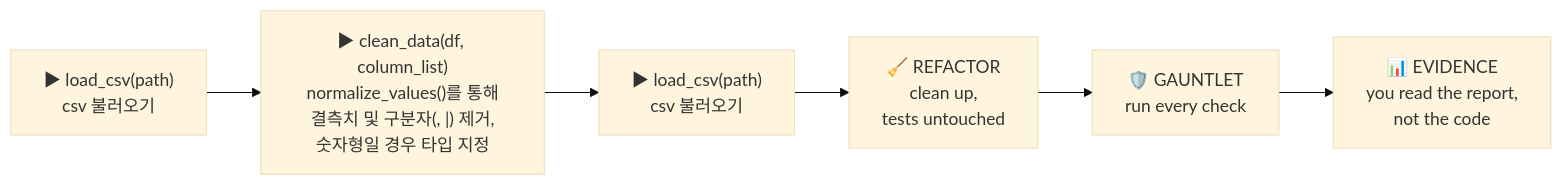
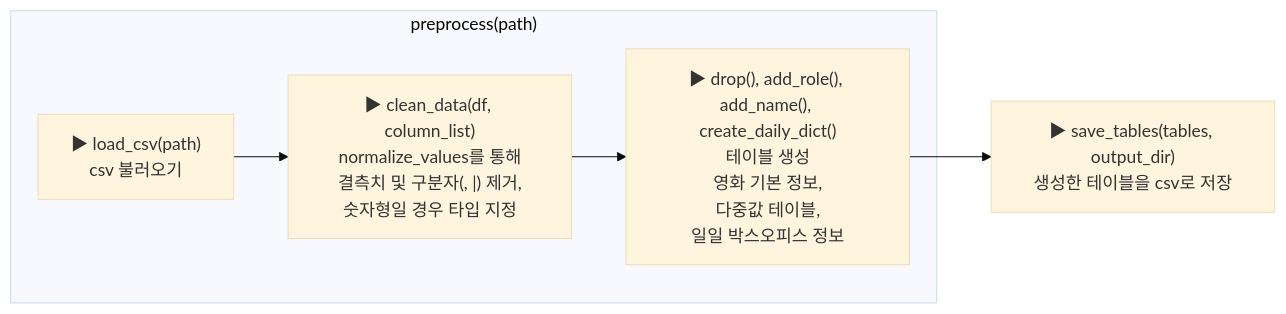
One commit to kbh09/TicketSeed_forked changed the diagram in TicketSeed_forked/scripts/README.md. Above: the diagram before and after it, drawn with Mermaid (base theme). The commit also changed other lines of this file, not shown here.

Commit message:
md modifying

````diff
--- a/TicketSeed_forked/scripts/README.md
+++ b/TicketSeed_forked/scripts/README.md
@@ -33,10 +37,13 @@
 ```mermaid
 flowchart LR
-    01["▶ load_csv(path)<br/>csv 불러오기"]
-    02["▶ clean_data(df, column_list)<br/>normalize_values()를 통해<br/>결측치 및 구분자(, |) 제거,<br/>숫자형일 경우 타입 지정"]
-    03["▶ load_csv(path)<br/>csv 불러오기"]
-    04["🧹 REFACTOR<br/>clean up,<br/>tests untouched"]
-    05["🛡️ GAUNTLET<br/>run every check"]
-    06["📊 EVIDENCE<br/>you read the report,<br/>not the code"]
-    01 --> 02 --> 03 --> 04 --> 05 --> 06
+	subgraph preprocess["preprocess(path)"]
+    011["▶ load_csv(path)<br/>csv 불러오기"]
+    012["▶ clean_data(df, column_list)<br/>normalize_values를 통해<br/>결측치 및 구분자(, |) 제거,<br/>숫자형일 경우 타입 지정"]
+    013["▶ drop(), add_role(), add_name(), create_daily_dict()<br/>테이블 생성<br/>영화 기본 정보,<br/>다중값 테이블,<br/>일일 박스오피스 정보"]
+    011 --> 012 --> 013
+    end
+
+    02["▶ save_tables(tables, output_dir)<br/>생성한 테이블을 csv로 저장"]
+
+	013 --> 02
 ```
````
